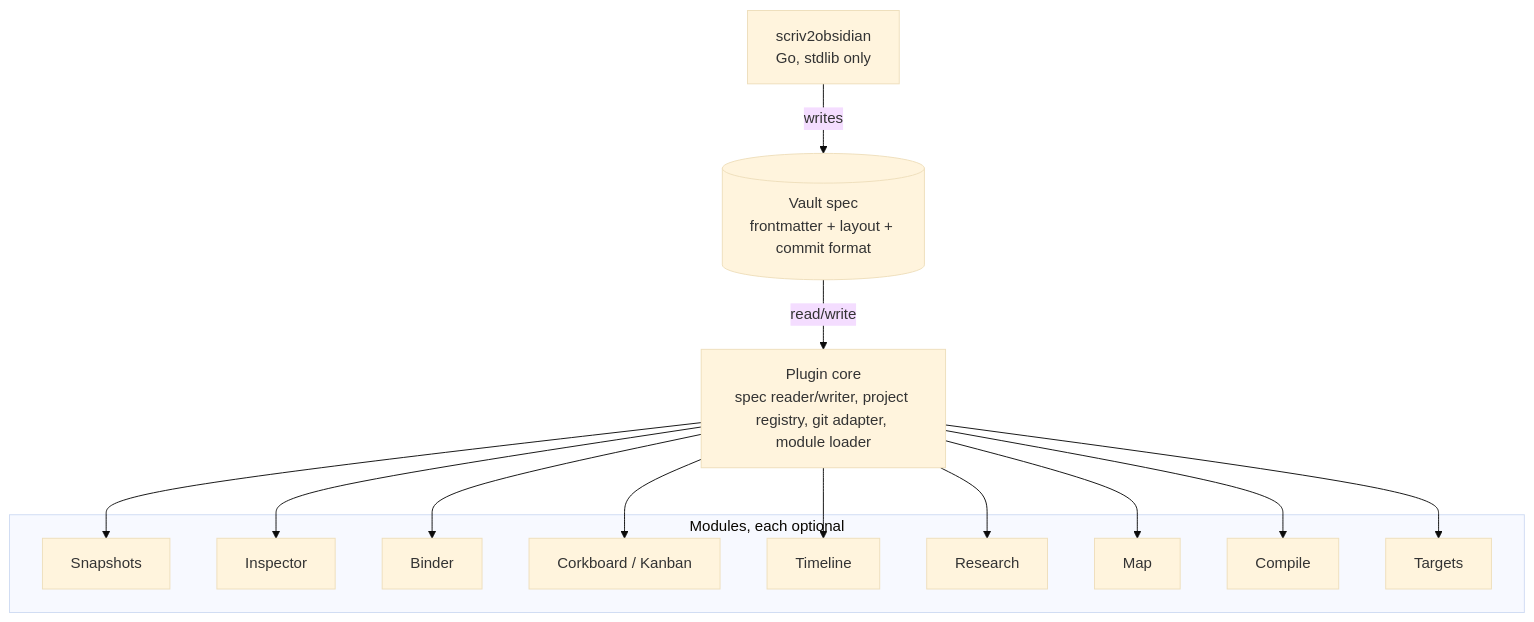
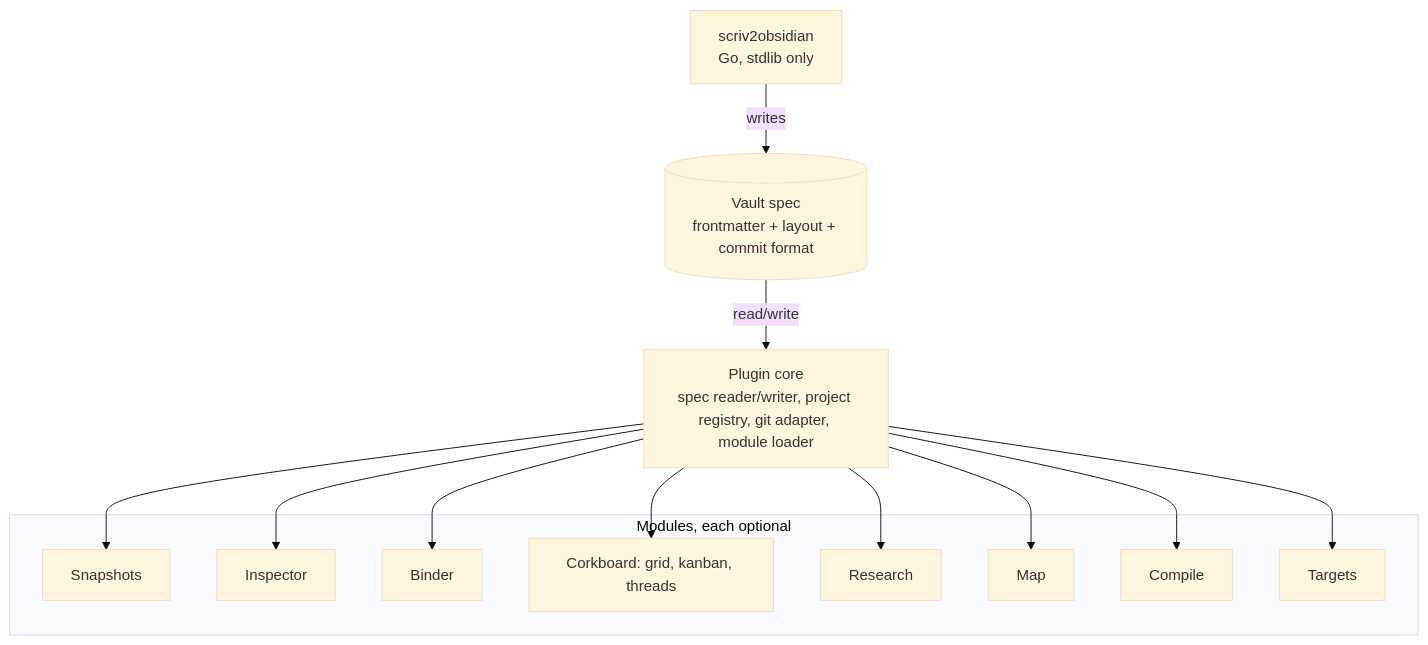
One commit to Longhand-io/longhand changed the second of 2 diagrams in README.md. Above: the diagram before and after it, drawn with Mermaid (base theme). The commit also changed other lines of this file and 2 other files, not shown here.

Commit message:
docs: make arrange-by-label threads the base corkboard view, story date an axis

````diff
--- a/README.md
+++ b/README.md
@@ -49,20 +49,19 @@
 ```mermaid
 flowchart TB
     spec[("Vault spec<br/>frontmatter + layout + commit format")]
     importer["scriv2obsidian<br/>Go, stdlib only"]
     core["Plugin core<br/>spec reader/writer, project registry, git adapter, module loader"]
     subgraph modules["Modules, each optional"]
         snap["Snapshots"]
         insp["Inspector"]
         bind["Binder"]
-        cork["Corkboard / Kanban"]
-        time["Timeline"]
+        cork["Corkboard: grid, kanban, threads"]
         res["Research"]
         map["Map"]
         comp["Compile"]
         targ["Targets"]
     end
     importer -- writes --> spec
     spec -- read/write --> core
-    core --> snap & insp & bind & cork & time & res & map & comp & targ
+    core --> snap & insp & bind & cork & res & map & comp & targ
 ```
````
